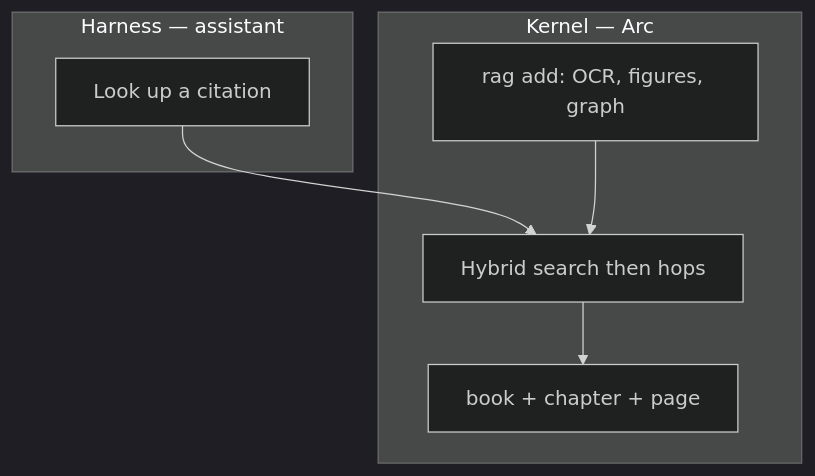
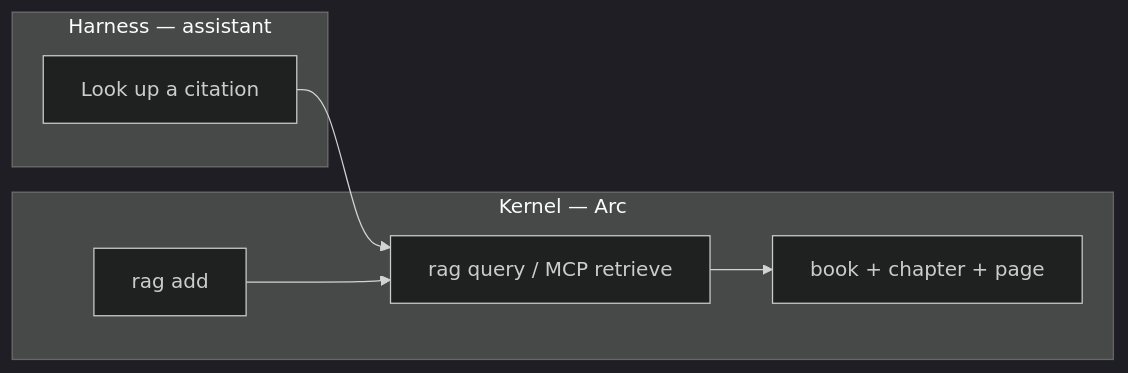
One commit to Vinayak-RZ/ARC changed the fifth of 10 diagrams in docs/ON_THE_HARNESS.md. Above: the diagram before and after it, drawn with Mermaid (dark theme). The commit also changed other lines of this file and 4 other files, not shown here.

First line of the commit message:
docs(rag): sync harness and architecture ingest/query diagrams

````diff
--- a/docs/ON_THE_HARNESS.md
+++ b/docs/ON_THE_HARNESS.md
@@ -254,14 +254,14 @@
 ```mermaid
-flowchart TB
+flowchart LR
   subgraph harness ["Harness — assistant"]
     Ask["Look up a citation"]
   end
   subgraph kernel ["Kernel — Arc"]
-    Ingest["rag add: OCR, figures, graph"]
-    Query["Hybrid search then hops"]
+    Ingest["rag add"]
+    Query["rag query / MCP retrieve"]
     Cite["book + chapter + page"]
   end
   Ask --> Query
   Ingest --> Query
   Query --> Cite
 ```
````
